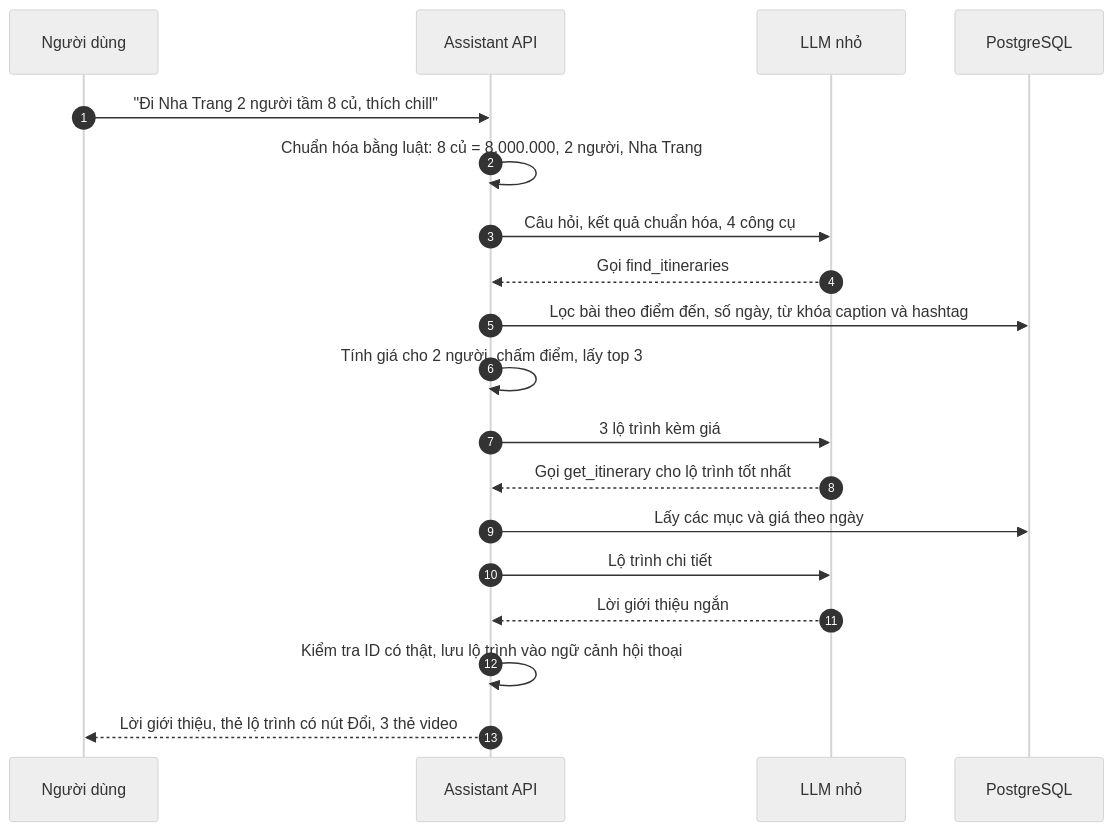
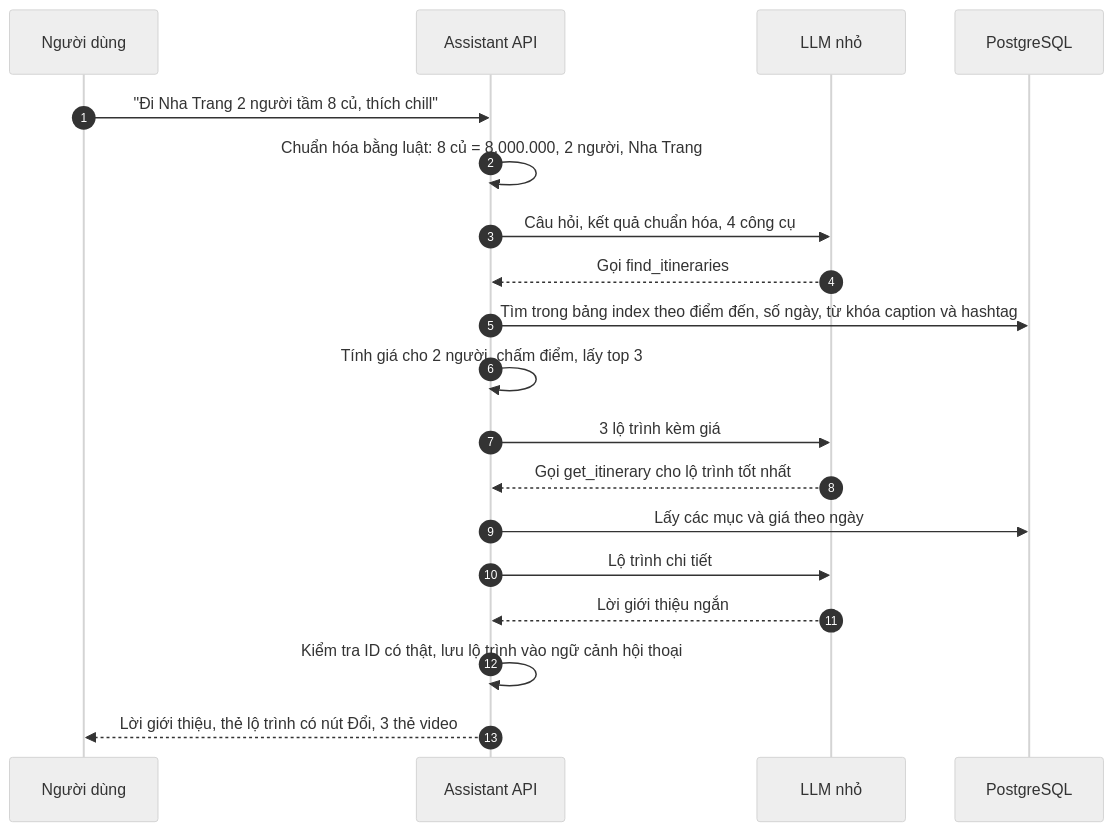
The first of 2 diagrams in reports/Chatbot agent tối giản Tripflix.md (lengqbaorr/OTA_research), drawn with Mermaid (neutral theme) before and after one commit. The commit also changed other lines of this file, not shown here.

First line of the commit message:
Add index and agent architecture to minimal chatbot design

````diff
--- a/reports/Chatbot agent tối giản Tripflix.md
+++ b/reports/Chatbot agent tối giản Tripflix.md
@@ -36,21 +36,21 @@
 ```mermaid
 sequenceDiagram
   autonumber
   participant U as Người dùng
   participant API as Assistant API
   participant LLM as LLM nhỏ
   participant DB as PostgreSQL
   U->>API: "Đi Nha Trang 2 người tầm 8 củ, thích chill"
   API->>API: Chuẩn hóa bằng luật: 8 củ = 8.000.000, 2 người, Nha Trang
   API->>LLM: Câu hỏi, kết quả chuẩn hóa, 4 công cụ
   LLM-->>API: Gọi find_itineraries
-  API->>DB: Lọc bài theo điểm đến, số ngày, từ khóa caption và hashtag
+  API->>DB: Tìm trong bảng index theo điểm đến, số ngày, từ khóa caption và hashtag
   API->>API: Tính giá cho 2 người, chấm điểm, lấy top 3
   API->>LLM: 3 lộ trình kèm giá
   LLM-->>API: Gọi get_itinerary cho lộ trình tốt nhất
   API->>DB: Lấy các mục và giá theo ngày
   API->>LLM: Lộ trình chi tiết
   LLM-->>API: Lời giới thiệu ngắn
   API->>API: Kiểm tra ID có thật, lưu lộ trình vào ngữ cảnh hội thoại
   API-->>U: Lời giới thiệu, thẻ lộ trình có nút Đổi, 3 thẻ video
 ```
````
